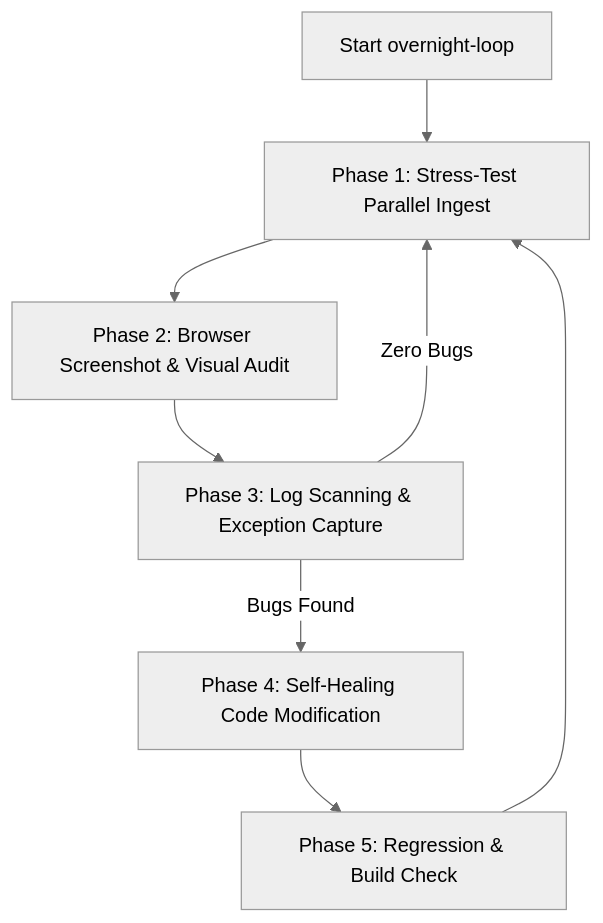
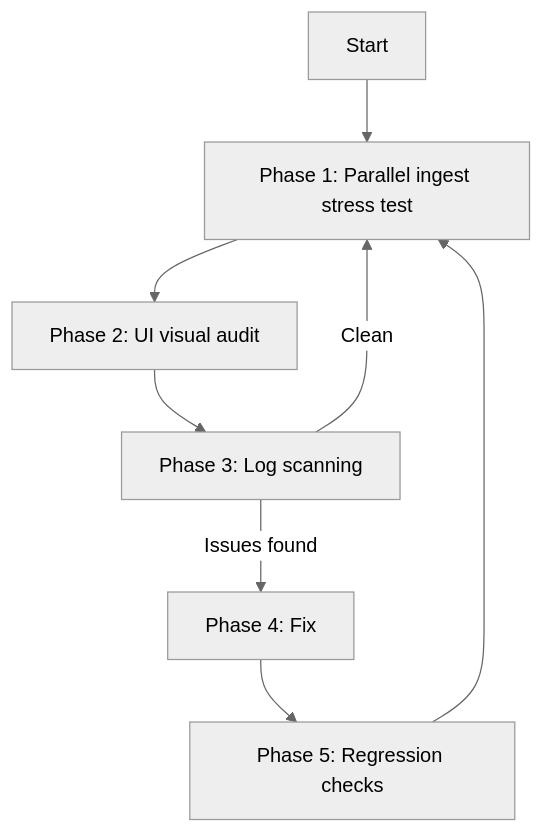
Before and after one commit to Zeres-Engel/InsightNote: the diagram in .agents/skills/insightnote-overnight-loop/SKILL.md, drawn with Mermaid (neutral theme). The commit also changed other lines of this file and 40 other files, not shown here.

````diff
--- a/.agents/skills/insightnote-overnight-loop/SKILL.md
+++ b/.agents/skills/insightnote-overnight-loop/SKILL.md
@@ -18,10 +16,10 @@
 ```mermaid
 graph TD
-    A[Start overnight-loop] --> B[Phase 1: Stress-Test Parallel Ingest]
-    B --> C[Phase 2: Browser Screenshot & Visual Audit]
-    C --> D[Phase 3: Log Scanning & Exception Capture]
-    D -->|Bugs Found| E[Phase 4: Self-Healing Code Modification]
-    E --> F[Phase 5: Regression & Build Check]
+    A[Start] --> B[Phase 1: Parallel ingest stress test]
+    B --> C[Phase 2: UI visual audit]
+    C --> D[Phase 3: Log scanning]
+    D -->|Issues found| E[Phase 4: Fix]
+    E --> F[Phase 5: Regression checks]
     F --> B
-    D -->|Zero Bugs| B
+    D -->|Clean| B
 ```
````
